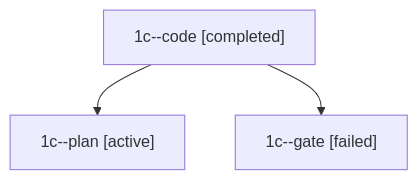
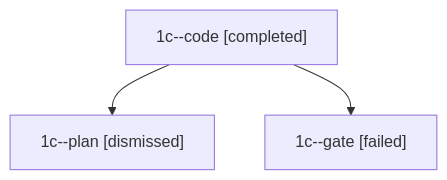
One commit to sase-org/sase--agents changed the diagram in sessions/bbugyi200.apollo.1c.md. Above: the diagram before and after it, drawn with Mermaid. The commit also changed other lines of this file and 5 other files, not shown here.

````diff
--- a/sessions/bbugyi200.apollo.1c.md
+++ b/sessions/bbugyi200.apollo.1c.md
@@ -9,8 +9,8 @@
 ```mermaid
 flowchart TD
   n0["1c--code [completed]"]
-  n1["1c--plan [active]"]
+  n1["1c--plan [dismissed]"]
   n0 --> n1
   n2["1c--gate [failed]"]
   n0 --> n2
 ```
````
